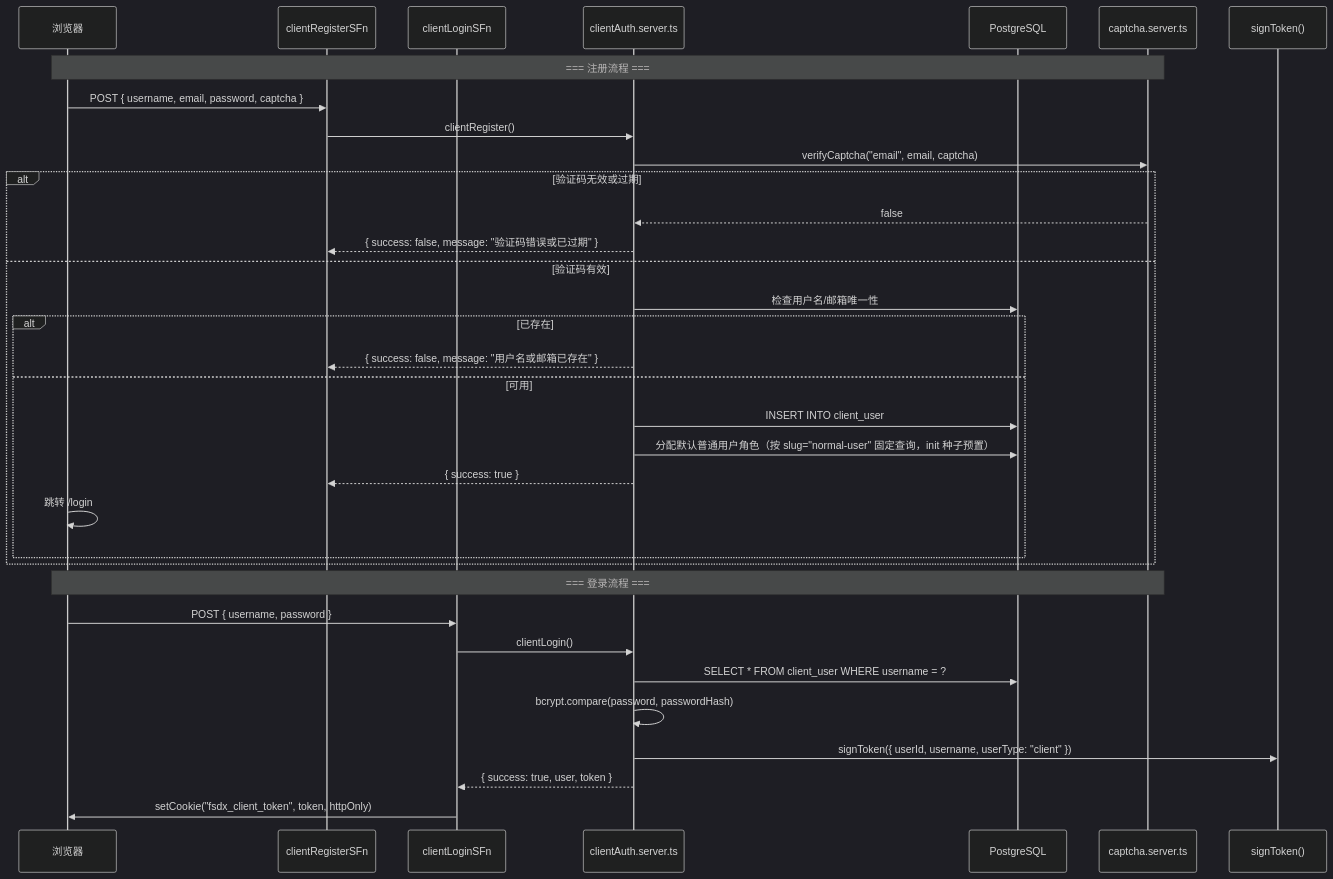
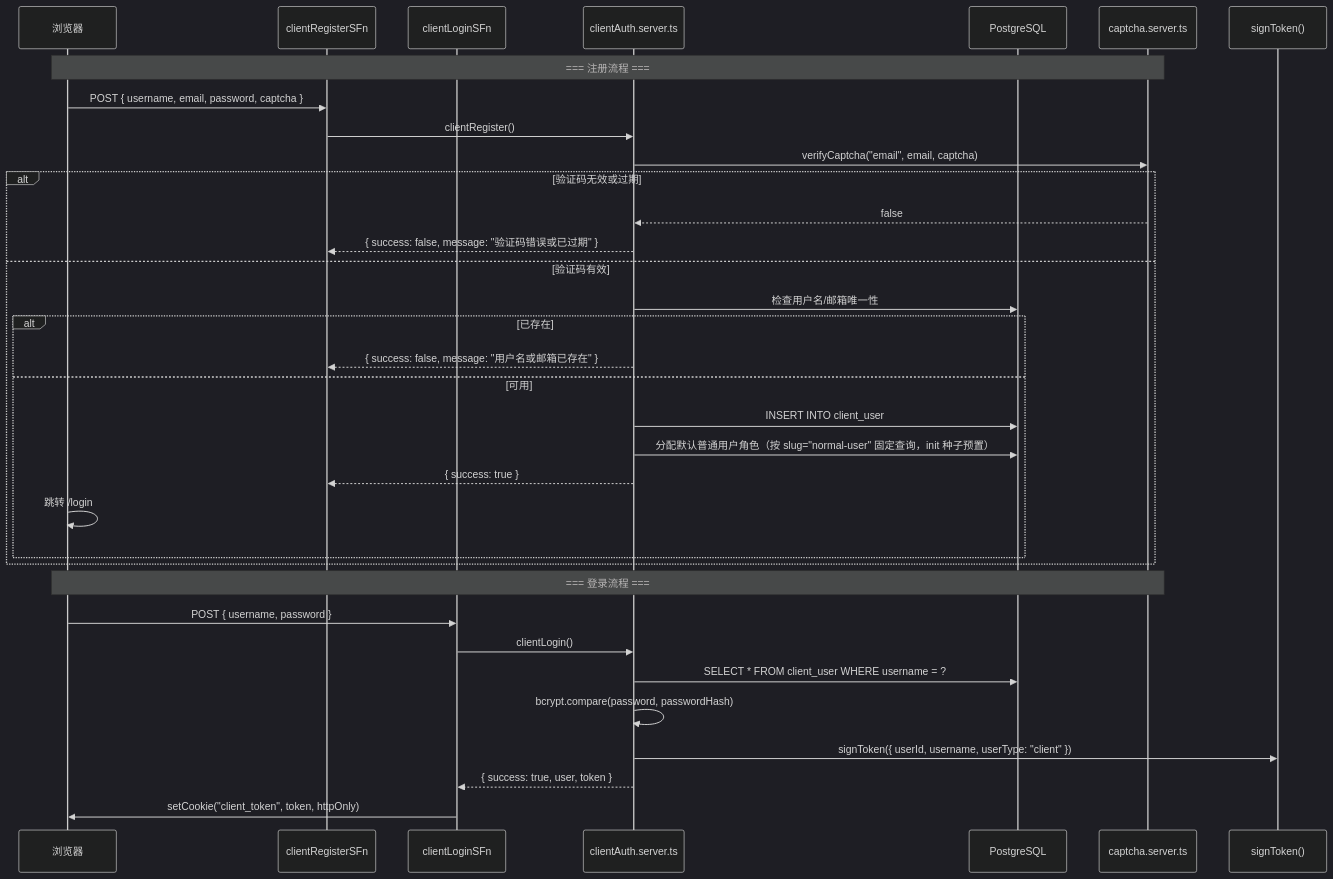
Before and after one commit to easyx-dev/fsdx: the fourth of 6 diagrams in docs/auth-permission-model.md, drawn with Mermaid (dark theme). The commit also changed other lines of this file and 30 other files, not shown here.

````diff
--- a/docs/auth-permission-model.md
+++ b/docs/auth-permission-model.md
@@ -220,41 +220,41 @@
 ```mermaid
 sequenceDiagram
     participant Browser as 浏览器
     participant RegisterSF as clientRegisterSFn
     participant LoginSF as clientLoginSFn
     participant Server as clientAuth.server.ts
     participant DB as PostgreSQL
     participant Captcha as captcha.server.ts
     participant JWT as signToken()
 
     Note over Browser,Captcha: === 注册流程 ===
 
     Browser->>RegisterSF: POST { username, email, password, captcha }
     RegisterSF->>Server: clientRegister()
 
     Server->>Captcha: verifyCaptcha("email", email, captcha)
     alt 验证码无效或过期
         Captcha-->>Server: false
         Server-->>RegisterSF: { success: false, message: "验证码错误或已过期" }
     else 验证码有效
         Server->>DB: 检查用户名/邮箱唯一性
         alt 已存在
             Server-->>RegisterSF: { success: false, message: "用户名或邮箱已存在" }
         else 可用
             Server->>DB: INSERT INTO client_user
             Server->>DB: 分配默认普通用户角色（按 slug="normal-user" 固定查询，init 种子预置）
             Server-->>RegisterSF: { success: true }
             Browser->>Browser: 跳转 /login
         end
     end
 
     Note over Browser,Captcha: === 登录流程 ===
 
     Browser->>LoginSF: POST { username, password }
     LoginSF->>Server: clientLogin()
     Server->>DB: SELECT * FROM client_user WHERE username = ?
     Server->>Server: bcrypt.compare(password, passwordHash)
     Server->>JWT: signToken({ userId, username, userType: "client" })
     Server-->>LoginSF: { success: true, user, token }
-    LoginSF->>Browser: setCookie("fsdx_client_token", token, httpOnly)
+    LoginSF->>Browser: setCookie("client_token", token, httpOnly)
 ```
````
